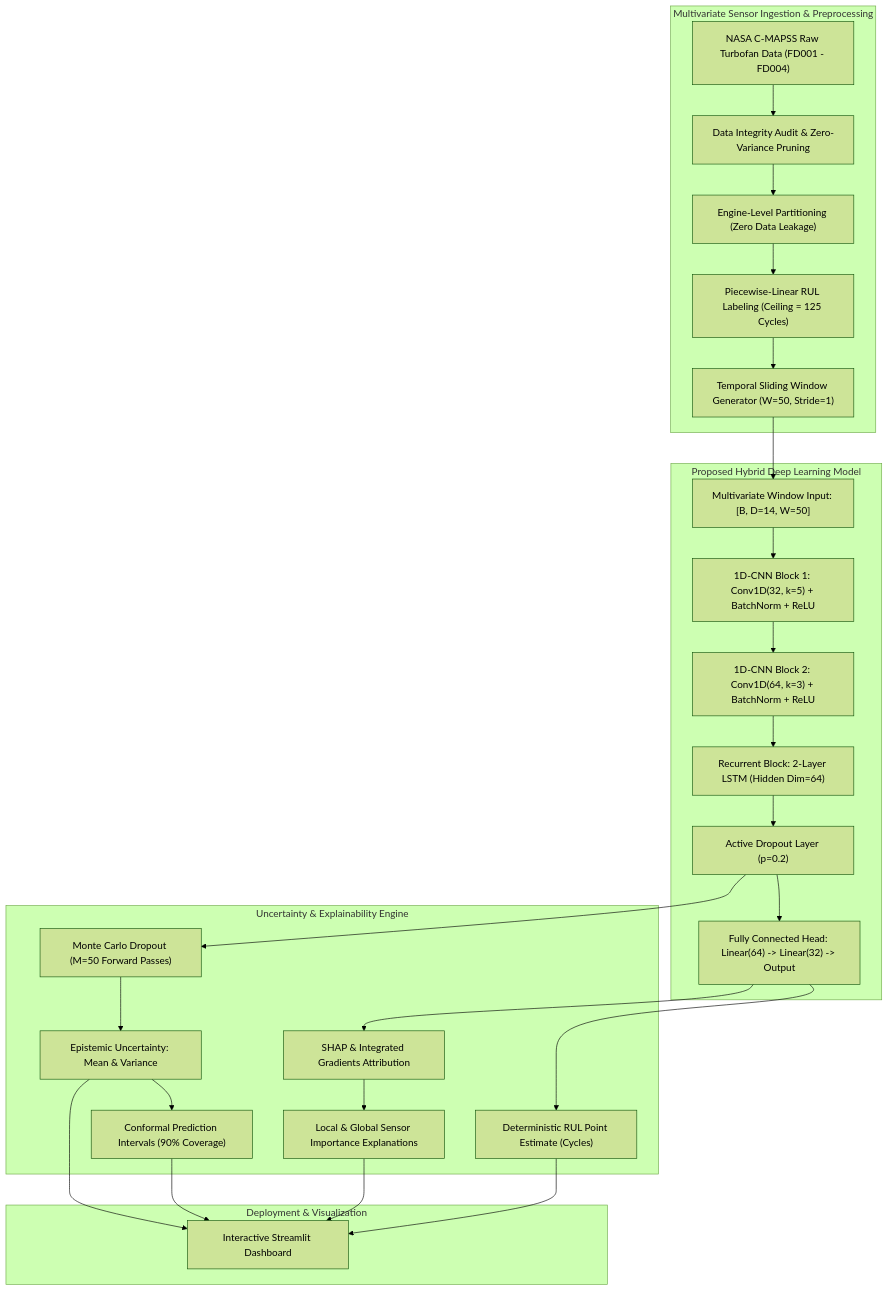
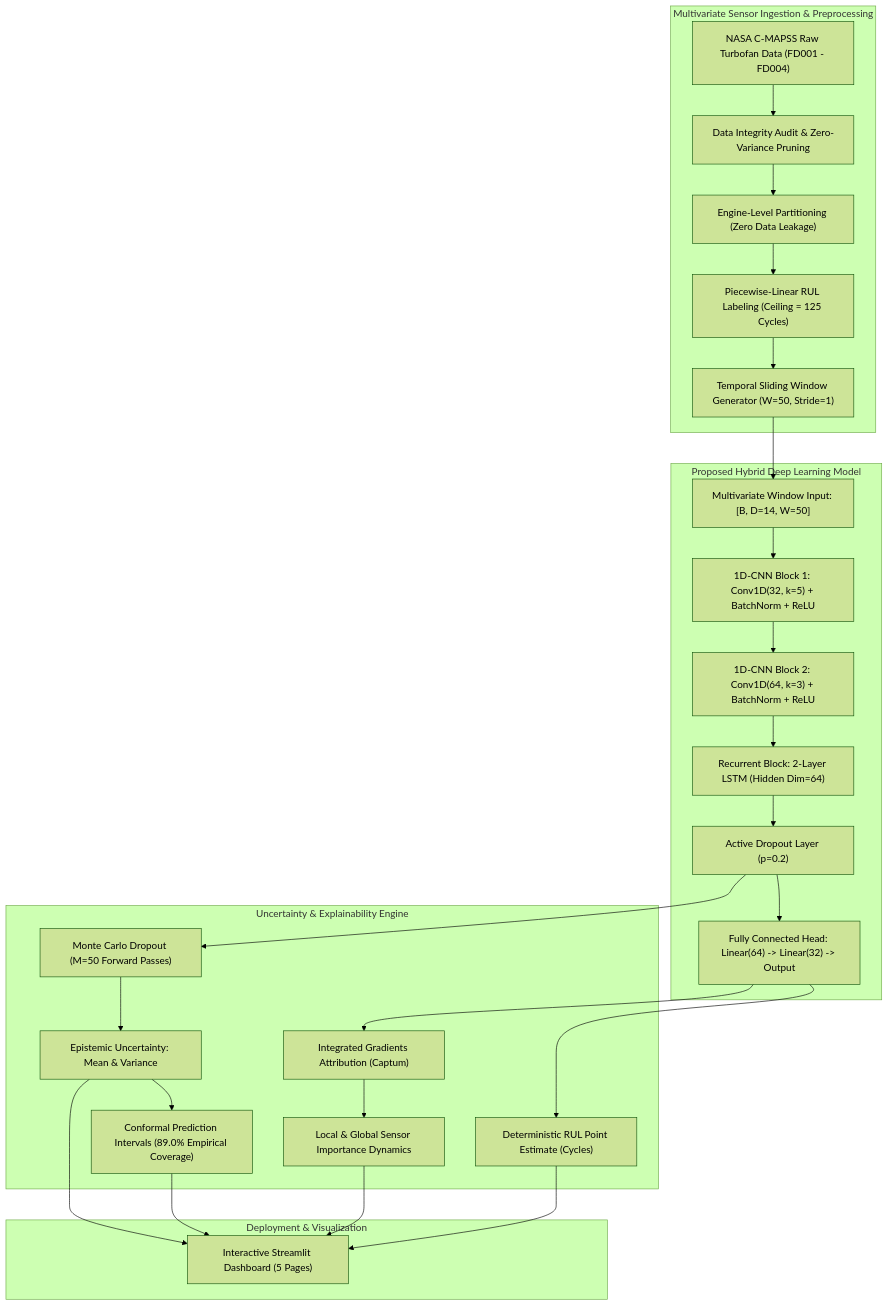
Before and after one commit to Rajakumaran-007/Explainable-predictive-maintainenance: the diagram in README.md, drawn with Mermaid (forest theme). The commit also changed other lines of this file and 3 other files, not shown here.

````diff
--- a/README.md
+++ b/README.md
@@ -32,31 +28,31 @@
 ```mermaid
 flowchart TD
     subgraph Data ["Multivariate Sensor Ingestion & Preprocessing"]
         A["NASA C-MAPSS Raw Turbofan Data (FD001 - FD004)"] --> B["Data Integrity Audit & Zero-Variance Pruning"]
         B --> C["Engine-Level Partitioning (Zero Data Leakage)"]
         C --> D["Piecewise-Linear RUL Labeling (Ceiling = 125 Cycles)"]
         D --> E["Temporal Sliding Window Generator (W=50, Stride=1)"]
     end
 
     subgraph DL ["Proposed Hybrid Deep Learning Model"]
         E --> F["Multivariate Window Input: [B, D=14, W=50]"]
         F --> G["1D-CNN Block 1: Conv1D(32, k=5) + BatchNorm + ReLU"]
         G --> H["1D-CNN Block 2: Conv1D(64, k=3) + BatchNorm + ReLU"]
         H --> I["Recurrent Block: 2-Layer LSTM (Hidden Dim=64)"]
         I --> J["Active Dropout Layer (p=0.2)"]
         J --> K["Fully Connected Head: Linear(64) -> Linear(32) -> Output"]
     end
 
     subgraph Inference ["Uncertainty & Explainability Engine"]
         K --> L["Deterministic RUL Point Estimate (Cycles)"]
         J --> M["Monte Carlo Dropout (M=50 Forward Passes)"]
         M --> N["Epistemic Uncertainty: Mean & Variance"]
-        N --> O["Conformal Prediction Intervals (90% Coverage)"]
-        K --> P["SHAP & Integrated Gradients Attribution"]
-        P --> Q["Local & Global Sensor Importance Explanations"]
+        N --> O["Conformal Prediction Intervals (89.0% Empirical Coverage)"]
+        K --> P["Integrated Gradients Attribution (Captum)"]
+        P --> Q["Local & Global Sensor Importance Dynamics"]
     end
 
     subgraph App ["Deployment & Visualization"]
-        L & N & O & Q --> R["Interactive Streamlit Dashboard"]
+        L & N & O & Q --> R["Interactive Streamlit Dashboard (5 Pages)"]
     end
 ```
````
